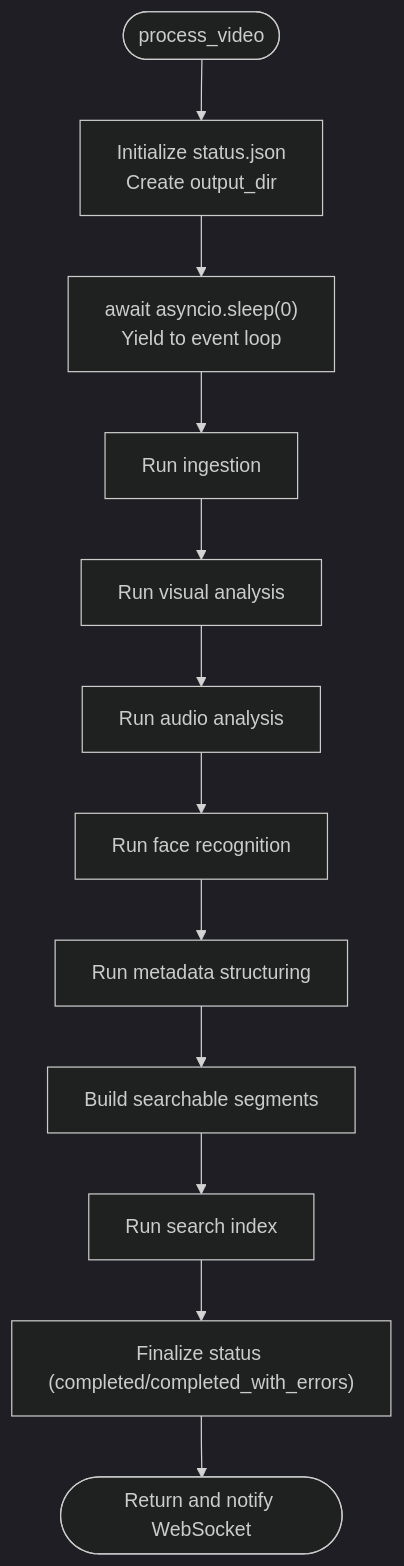
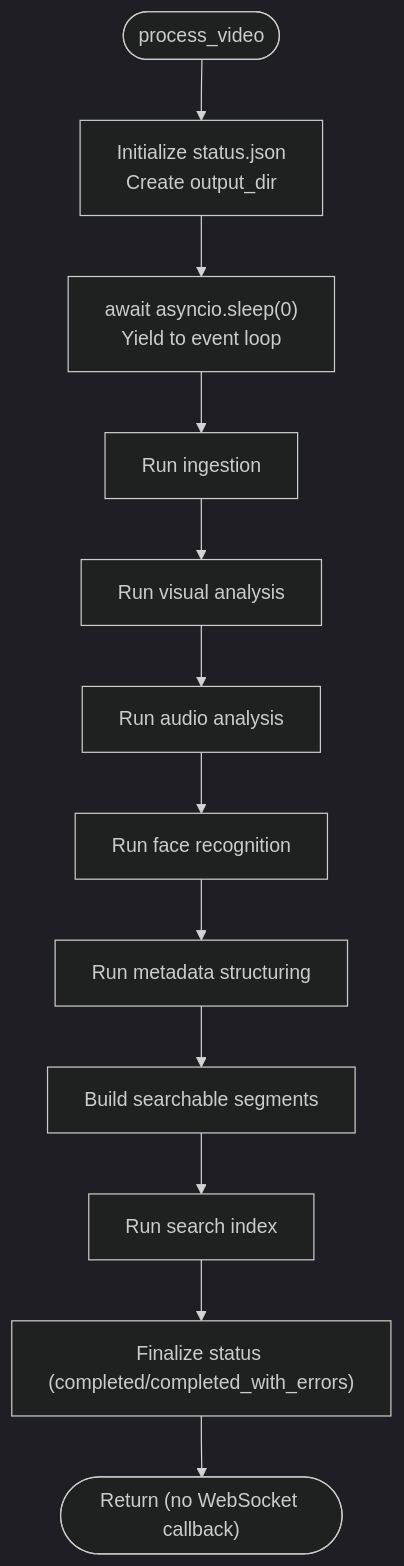
Before and after one commit to alexandreybasta-cyber/dubai-media-ai: the third of 5 diagrams in .qoder/repowiki/en/content/Media Processing Pipeline/Media Processing Pipeline.md, drawn with Mermaid (dark theme). The commit also changed other lines of this file and 19 other files, not shown here.

````diff
--- a/.qoder/repowiki/en/content/Media Processing Pipeline/Media Processing Pipeline.md
+++ b/.qoder/repowiki/en/content/Media Processing Pipeline/Media Processing Pipeline.md
@@ -198,14 +209,14 @@
 ```mermaid
 flowchart TD
 Start(["process_video"]) --> Init["Initialize status.json<br/>Create output_dir"]
 Init --> Yield["await asyncio.sleep(0)<br/>Yield to event loop"]
 Yield --> Stage1["Run ingestion"]
 Stage1 --> Stage2["Run visual analysis"]
 Stage2 --> Stage3["Run audio analysis"]
 Stage3 --> Stage4["Run face recognition"]
 Stage4 --> Stage5["Run metadata structuring"]
 Stage5 --> Segments["Build searchable segments"]
 Segments --> Stage6["Run search index"]
 Stage6 --> Finalize["Finalize status (completed/completed_with_errors)"]
-Finalize --> Done(["Return and notify WebSocket"])
+Finalize --> Done(["Return (no WebSocket callback)"])
 ```
````
